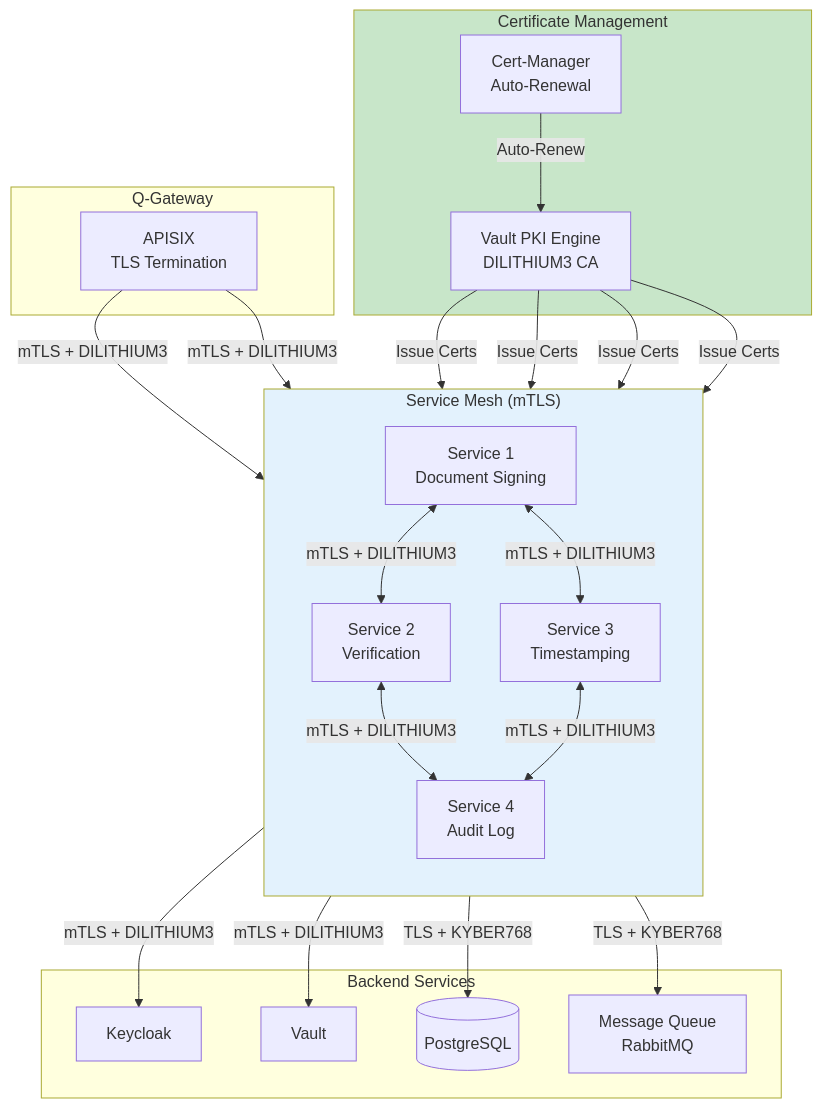
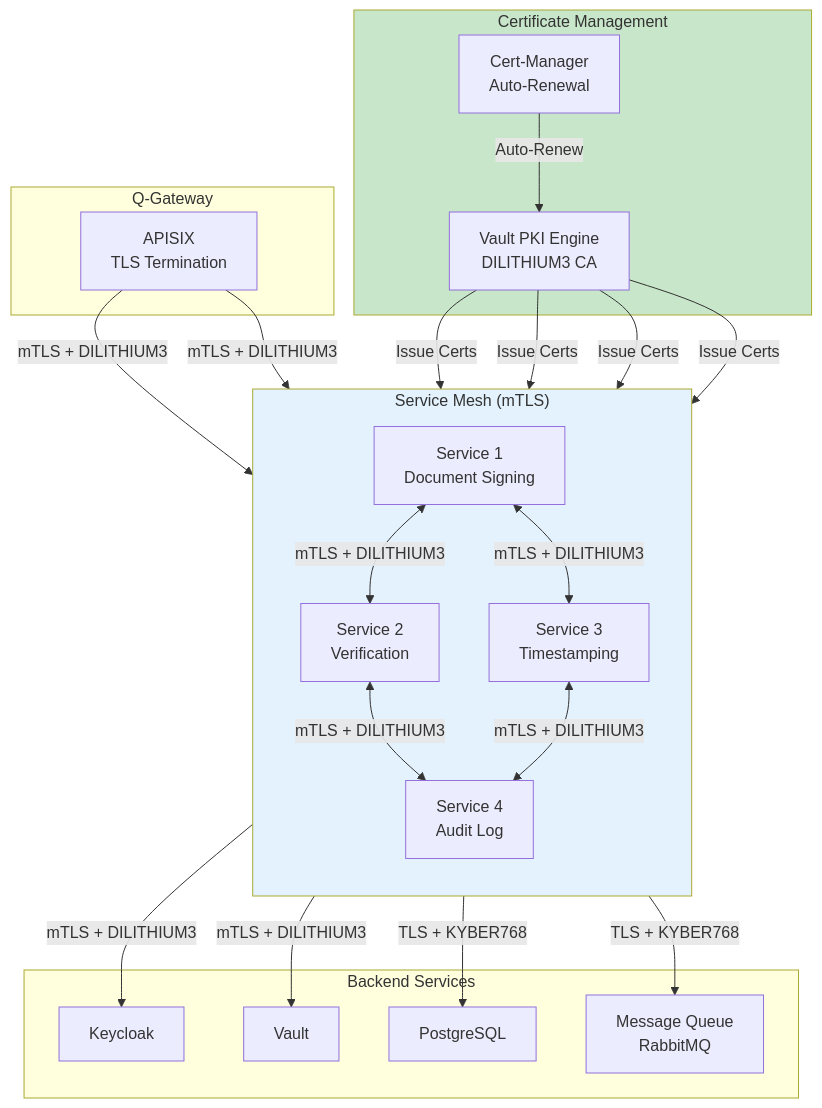
Before and after one commit to infeelchoi/q-docs: the seventh of 10 diagrams in 10-OQS/OQS-QSIGN-INTEGRATION.md, drawn with Mermaid. The commit also changed other lines of this file and 12 other files, not shown here.

First line of the commit message:
🔧 Mermaid 다이어그램 괄호 패턴 파싱 오류 수정

````diff
--- a/10-OQS/OQS-QSIGN-INTEGRATION.md
+++ b/10-OQS/OQS-QSIGN-INTEGRATION.md
@@ -1820,50 +1820,50 @@
 ```mermaid
 graph TB
     subgraph GATEWAY["Q-Gateway"]
         APISIX[APISIX<br/>TLS Termination]
     end
 
     subgraph SERVICE_MESH["Service Mesh (mTLS)"]
         direction TB
 
         SVC1[Service 1<br/>Document Signing]
         SVC2[Service 2<br/>Verification]
         SVC3[Service 3<br/>Timestamping]
         SVC4[Service 4<br/>Audit Log]
     end
 
     subgraph BACKEND["Backend Services"]
         KEYCLOAK[Keycloak]
         VAULT[Vault]
-        DB[(PostgreSQL)]
+        DB["PostgreSQL"]
         QUEUE[Message Queue<br/>RabbitMQ]
     end
 
     subgraph CERT_MGMT["Certificate Management"]
         VAULT_PKI[Vault PKI Engine<br/>DILITHIUM3 CA]
         CERT_MANAGER[Cert-Manager<br/>Auto-Renewal]
     end
 
     APISIX -->|mTLS + DILITHIUM3| SVC1
     APISIX -->|mTLS + DILITHIUM3| SVC2
 
     SVC1 <-->|mTLS + DILITHIUM3| SVC2
     SVC1 <-->|mTLS + DILITHIUM3| SVC3
     SVC2 <-->|mTLS + DILITHIUM3| SVC4
     SVC3 <-->|mTLS + DILITHIUM3| SVC4
 
     SVC1 -->|mTLS + DILITHIUM3| KEYCLOAK
     SVC1 -->|mTLS + DILITHIUM3| VAULT
     SVC2 -->|TLS + KYBER768| DB
     SVC3 -->|TLS + KYBER768| QUEUE
 
     VAULT_PKI -->|Issue Certs| SVC1
     VAULT_PKI -->|Issue Certs| SVC2
     VAULT_PKI -->|Issue Certs| SVC3
     VAULT_PKI -->|Issue Certs| SVC4
 
     CERT_MANAGER -->|Auto-Renew| VAULT_PKI
 
     style SERVICE_MESH fill:#e3f2fd
     style CERT_MGMT fill:#c8e6c9
 ```
````
